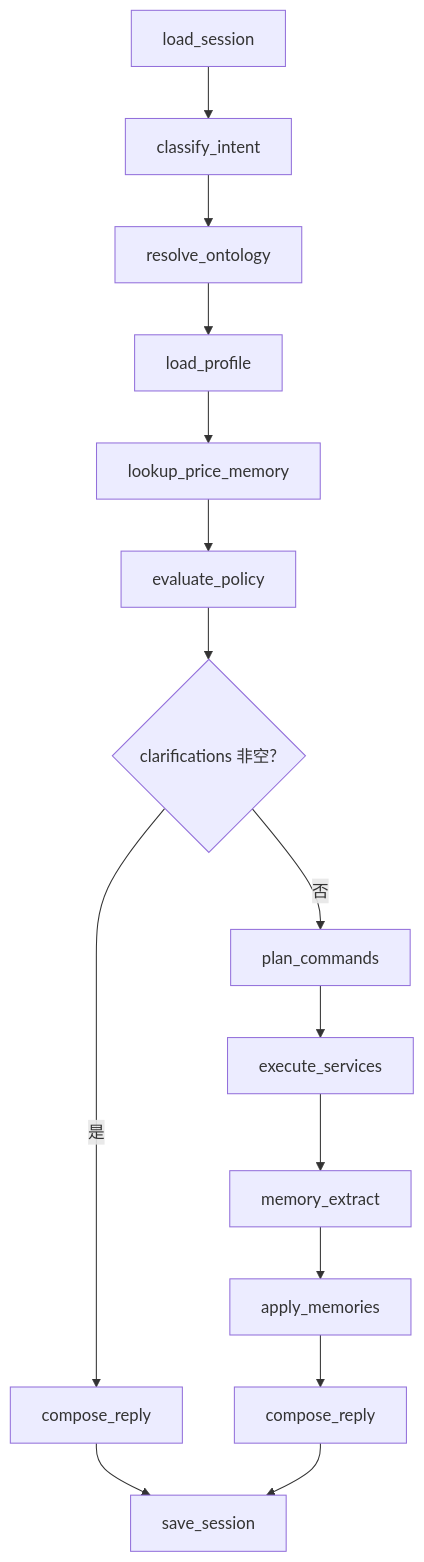
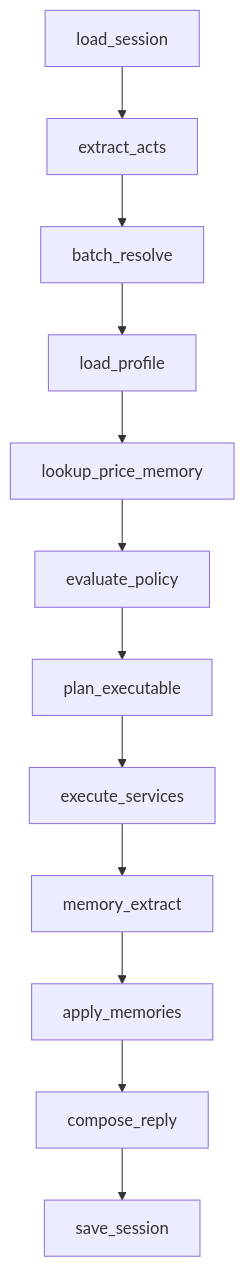
Before and after one commit to hanzezheng/ai-order-clerk: the second of 2 diagrams in docs/DESIGN.md, drawn with Mermaid. The commit also changed other lines of this file, not shown here.

````diff
--- a/docs/DESIGN.md
+++ b/docs/DESIGN.md
@@ -367,17 +387,14 @@
 ```mermaid
 flowchart TD
-  load[load_session] --> intent[classify_intent]
-  intent --> resolve[resolve_ontology]
+  load[load_session] --> extract[extract_acts]
+  extract --> resolve[batch_resolve]
   resolve --> profile[load_profile]
   profile --> price[lookup_price_memory]
   price --> verdict[evaluate_policy]
-  verdict --> need{clarifications 非空?}
-  need -->|是| replyAsk[compose_reply]
-  need -->|否| plan[plan_commands]
+  verdict --> plan[plan_executable]
   plan --> exec[execute_services]
   exec --> mem[memory_extract]
   mem --> persist[apply_memories]
   persist --> reply[compose_reply]
-  replyAsk --> save[save_session]
-  reply --> save
+  reply --> save[save_session]
 ```
````
